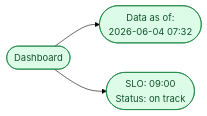
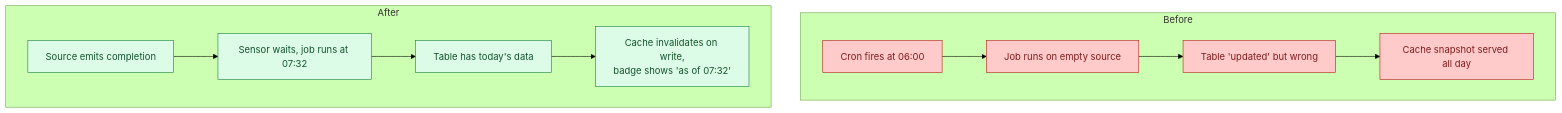
Before and after one commit to shiningflash/data-engineering-practice-problems: the third of 3 diagrams in problems/093-dashboard-stale-despite-healthy-job/solution.md, drawn with Mermaid (forest theme). The commit also changed other lines of this file and 3 other files, not shown here.

````diff
--- a/problems/093-dashboard-stale-despite-healthy-job/solution.md
+++ b/problems/093-dashboard-stale-despite-healthy-job/solution.md
@@ -101,12 +109,14 @@
 ```mermaid
-flowchart LR
-    DASH([Dashboard]):::out
-    BADGE([Data as of:<br/>2026-06-04 07:32]):::ok
-    SLA([SLO: 09:00<br/>Status: on track]):::ok
+flowchart TB
+    subgraph OLD["Before"]
+        direction LR
+        O1[Cron fires at 06:00]:::bad --> O2[Job runs on empty source]:::bad --> O3[Table 'updated' but wrong]:::bad --> O4[Cache snapshot served all day]:::bad
+    end
+    subgraph NEW["After"]
+        direction LR
+        N1[Source emits completion]:::ok --> N2[Sensor waits, job runs at 07:32]:::ok --> N3[Table has today's data]:::ok --> N4[Cache invalidates on write,<br/>badge shows 'as of 07:32']:::ok
+    end
 
-    DASH --> BADGE
-    DASH --> SLA
-
-    classDef out fill:#dcfce7,stroke:#15803d,color:#14532d
+    classDef bad fill:#fecaca,stroke:#b91c1c,color:#7f1d1d
     classDef ok fill:#dcfce7,stroke:#15803d,color:#14532d
 ```
````
